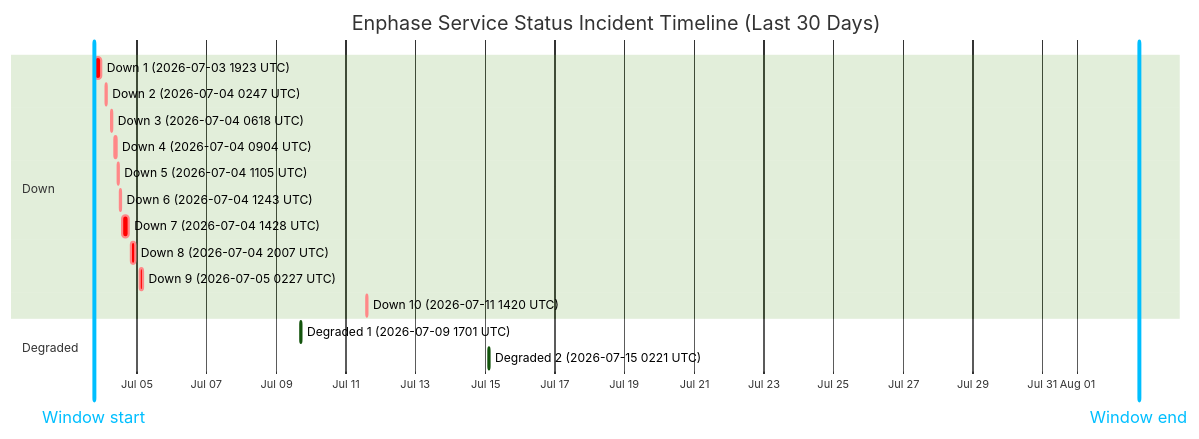
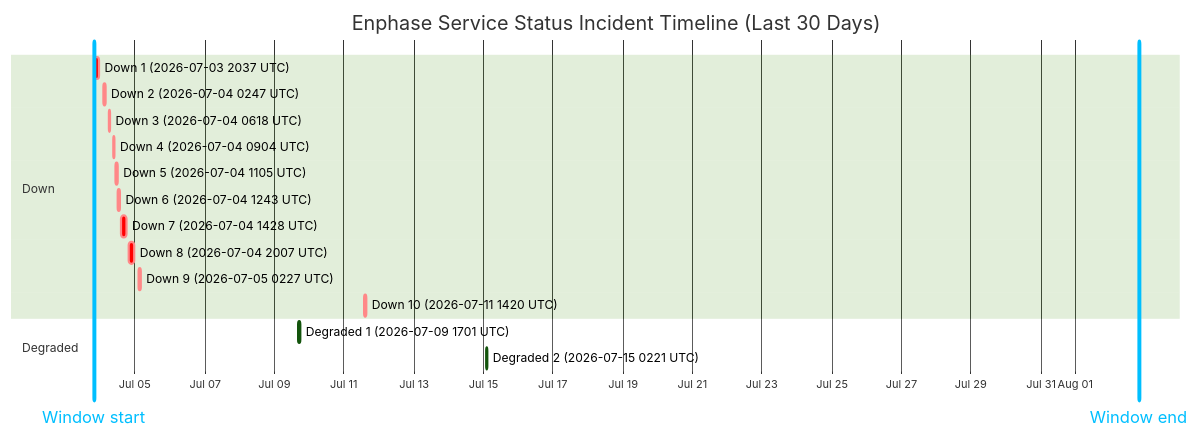
One commit to barneyonline/ha-enphase-energy changed the diagram in wiki/Service-Status-History.md. Above: the diagram before and after it, drawn with Mermaid (forest theme). The commit also changed other lines of this file and 3 other files, not shown here.

````diff
--- a/wiki/Service-Status-History.md
+++ b/wiki/Service-Status-History.md
@@ -14,22 +14,22 @@
 ```mermaid
 gantt
     title Enphase Service Status Incident Timeline (Last 30 Days)
     dateFormat  YYYY-MM-DDTHH:mm:ss
     axisFormat  %b %d
-    Window start :vert, window-start, 2026-07-03T18:29:01, 0ms
-    Window end :vert, window-end, 2026-08-02T18:29:01, 0ms
+    Window start :vert, window-start, 2026-07-03T19:44:41, 0ms
+    Window end :vert, window-end, 2026-08-02T19:44:41, 0ms
     section Down
-    Down 1 (2026-07-03 1923 UTC) :crit, down-1, 2026-07-03T19:23:33, 250m
+    Down 1 (2026-07-03 2037 UTC) :crit, down-1, 2026-07-03T20:37:29, 176m
     Down 2 (2026-07-04 0247 UTC) :crit, down-2, 2026-07-04T02:47:22, 60m
     Down 3 (2026-07-04 0618 UTC) :crit, down-3, 2026-07-04T06:18:09, 60m
     Down 4 (2026-07-04 0904 UTC) :crit, down-4, 2026-07-04T09:04:41, 60m
     Down 5 (2026-07-04 1105 UTC) :crit, down-5, 2026-07-04T11:05:21, 60m
     Down 6 (2026-07-04 1243 UTC) :crit, down-6, 2026-07-04T12:43:25, 60m
     Down 7 (2026-07-04 1428 UTC) :crit, down-7, 2026-07-04T14:28:07, 243m
     Down 8 (2026-07-04 2007 UTC) :crit, down-8, 2026-07-04T20:07:50, 206m
     Down 9 (2026-07-05 0227 UTC) :crit, down-9, 2026-07-05T02:27:32, 109m
     Down 10 (2026-07-11 1420 UTC) :crit, down-10, 2026-07-11T14:20:54, 69m
     section Degraded
     Degraded 1 (2026-07-09 1701 UTC) :active, degraded-1, 2026-07-09T17:01:02, 60m
     Degraded 2 (2026-07-15 0221 UTC) :active, degraded-2, 2026-07-15T02:21:35, 60m
 ```
````
